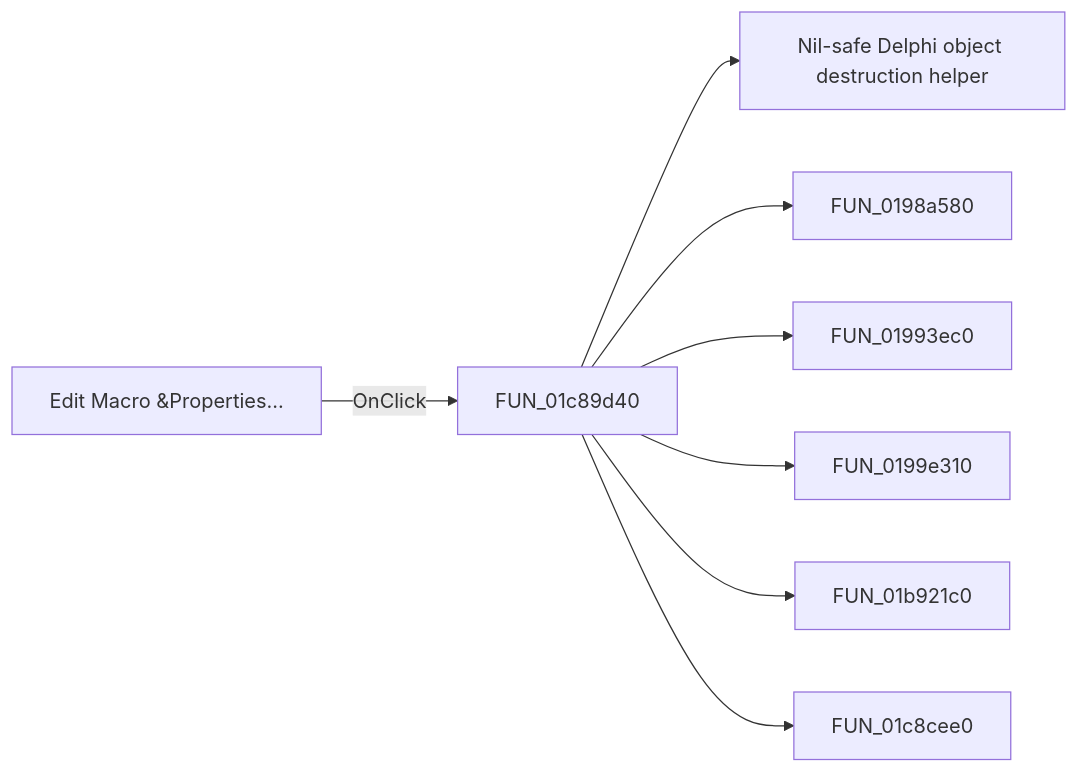
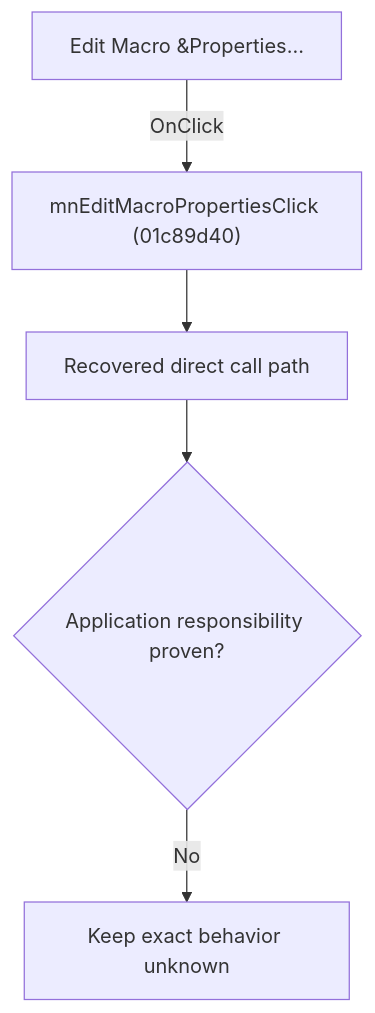
One commit to MovGP0/TIARA changed the diagram in docs/ui-controls/schematiceditor/mneditmacroproperties-7a74313c88.md. Above: the diagram before and after it, drawn with Mermaid. The commit also changed other lines of this file and 1062 other files, not shown here.

````diff
--- a/docs/ui-controls/schematiceditor/mneditmacroproperties-7a74313c88.md
+++ b/docs/ui-controls/schematiceditor/mneditmacroproperties-7a74313c88.md
@@ -27,10 +27,7 @@
 ```mermaid
-flowchart LR
-    control["Edit Macro &Properties..."] -->|OnClick| handler["FUN_01c89d40"]
-    handler --> call1["Nil-safe Delphi object destruction helper"]
-    handler --> call2["FUN_0198a580"]
-    handler --> call3["FUN_01993ec0"]
-    handler --> call4["FUN_0199e310"]
-    handler --> call5["FUN_01b921c0"]
-    handler --> call6["FUN_01c8cee0"]
+flowchart TD
+    control["Edit Macro &Properties..."] -->|"OnClick"| handler["mnEditMacroPropertiesClick (01c89d40)"]
+    handler --> recovered["Recovered direct call path"]
+    recovered --> gap{"Application responsibility proven?"}
+    gap -->|"No"| blocked["Keep exact behavior unknown"]
 ```
````
